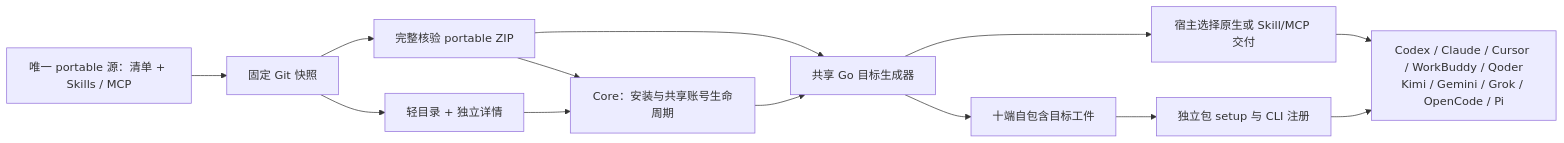
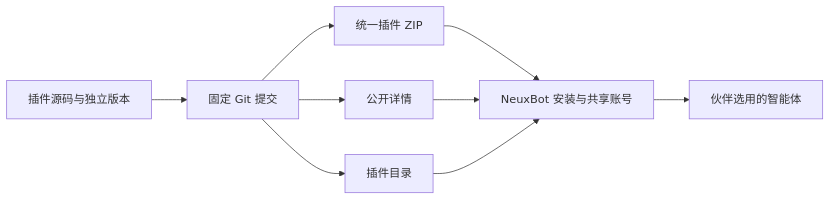
The first of 2 diagrams in README.zh-CN.md (JieWaZi/neux-plugins), drawn with Mermaid before and after one commit. The commit also changed other lines of this file and 42 other files, not shown here.

First line of the commit message:
将插件发行收敛为 NeuxBot 专用统一包

````diff
--- a/README.zh-CN.md
+++ b/README.zh-CN.md
@@ -28,15 +27,11 @@
 ```mermaid
 flowchart LR
-  Source[唯一 portable 源：清单 + Skills / MCP] --> Snapshot[固定 Git 快照]
-  Snapshot --> Index[轻目录 + 独立详情]
-  Snapshot --> Archive[完整核验 portable ZIP]
-  Archive --> Core[Core：安装与共享账号生命周期]
-  Index --> Core
-  Archive --> Generator[共享 Go 目标生成器]
-  Core --> Generator
-  Generator --> Targets[十端自包含目标工件]
-  Generator --> View[宿主选择原生或 Skill/MCP 交付]
-  Targets --> Setup[独立包 setup 与 CLI 注册]
-  View --> CLIs[Codex / Claude / Cursor / WorkBuddy / Qoder<br/>Kimi / Gemini / Grok / OpenCode / Pi]
-  Setup --> CLIs
+  Source[插件源码与独立版本] --> Snapshot[固定 Git 提交]
+  Snapshot --> Archive[统一插件 ZIP]
+  Snapshot --> Details[公开详情]
+  Snapshot --> Catalog[插件目录]
+  Archive --> Core[NeuxBot 安装与共享账号]
+  Details --> Core
+  Catalog --> Core
+  Core --> Runtime[伙伴选用的智能体]
 ```
````
